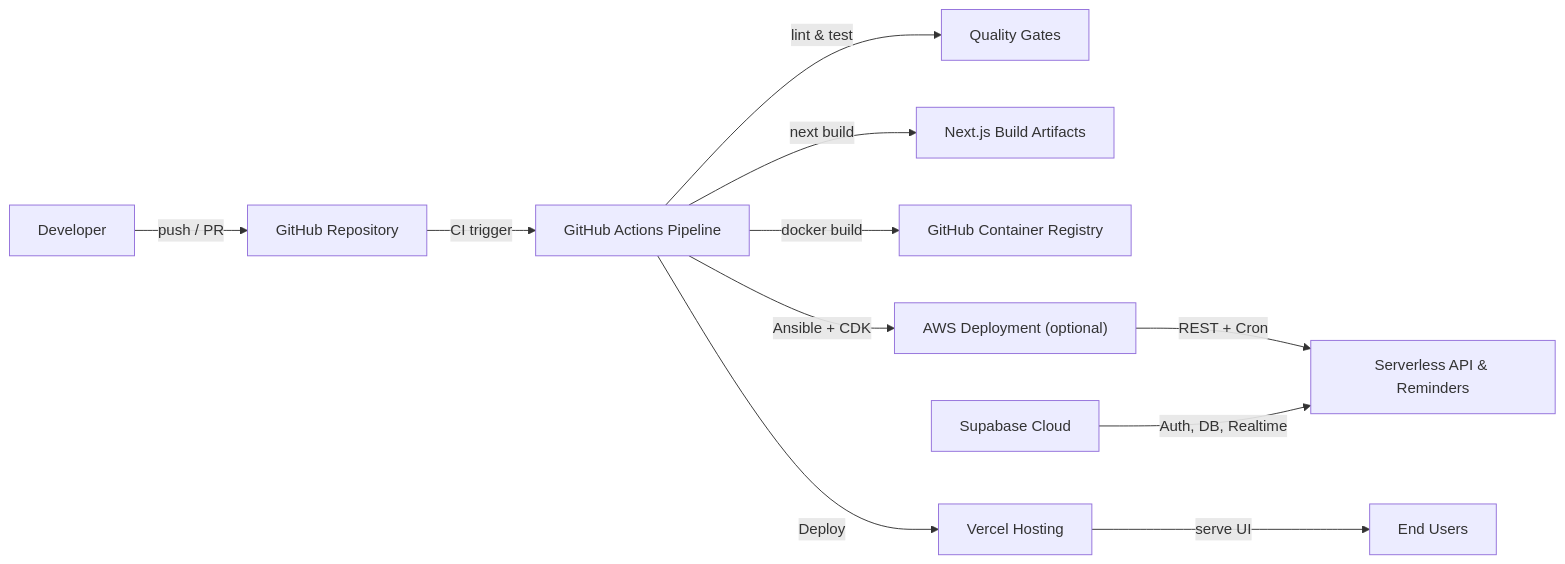
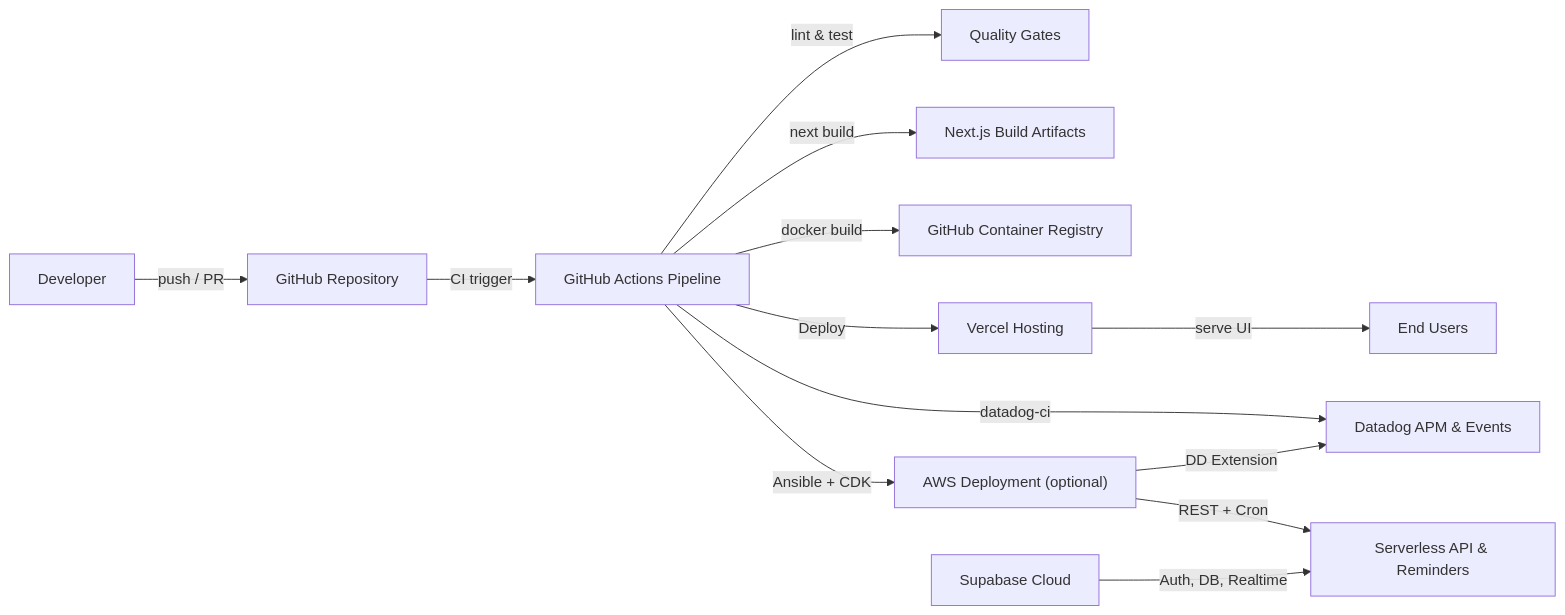
The second of 2 diagrams in README.md (hoangsonww/SymptomSync-Health-App), drawn with Mermaid before and after one commit. The commit also changed other lines of this file and 23 other files, not shown here.

````diff
--- a/README.md
+++ b/README.md
@@ -194,13 +207,15 @@
 ```mermaid
 flowchart LR
   Dev["Developer"] -->|"push / PR"| GitHub["GitHub Repository"]
   GitHub -->|"CI trigger"| Actions["GitHub Actions Pipeline"]
   Actions -->|"lint & test"| Quality["Quality Gates"]
   Actions -->|"next build"| Artifact["Next.js Build Artifacts"]
   Actions -->|"docker build"| GHCR["GitHub Container Registry"]
   Actions -->|"Ansible + CDK"| AWS["AWS Deployment (optional)"]
   Actions -->|"Deploy"| Vercel["Vercel Hosting"]
+  Actions -->|"datadog-ci"| Datadog["Datadog APM & Events"]
   AWS -->|"REST + Cron"| ClientStack["Serverless API & Reminders"]
+  AWS -->|"DD Extension"| Datadog
   SupabaseSvc["Supabase Cloud"] -->|"Auth, DB, Realtime"| ClientStack
   Vercel -->|"serve UI"| Users["End Users"]
 ```
````
